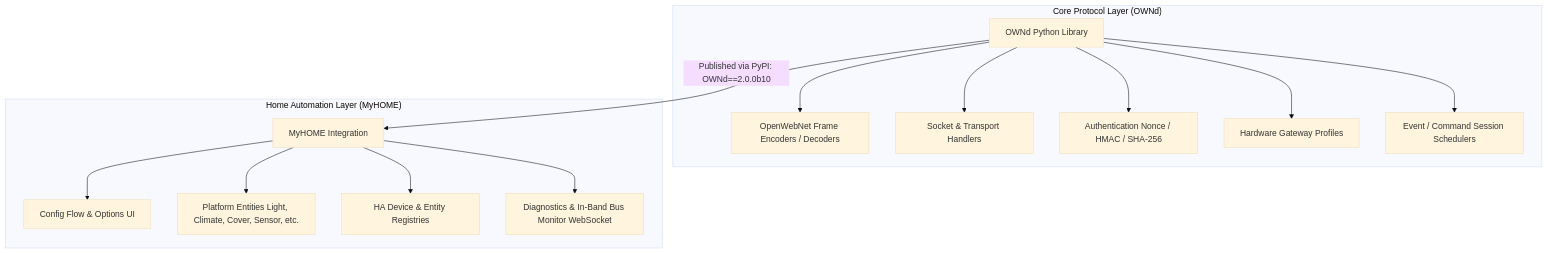
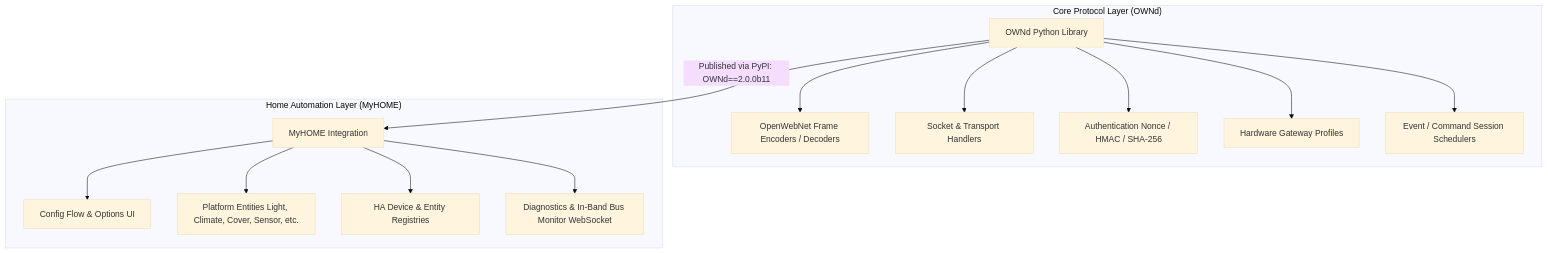
The first of 2 diagrams in docs/architecture/anti-drift-safeguards.md (GreenGrassBlueOcean/MyHOME), drawn with Mermaid (base theme) before and after one commit. The commit also changed other lines of this file and 2 other files, not shown here.

Commit message:
refactor(sound): migrate transport commands to OWNd b11 factories
- Pin OWNd requirement to 2.0.0b11 in manifest.json and anti-drift safeguards
- Migrate sound source actions to OWNSoundCommand factory methods (next_track, previous_track, seek_up, seek_down, select_track, set_frequency, start_rds, request_frequency, request_track, request_rds)
- Drop legacy WHAT 6001..6015 manual fallback in handle_event in favor of native OWNd b11 track_step properties

````diff
--- a/docs/architecture/anti-drift-safeguards.md
+++ b/docs/architecture/anti-drift-safeguards.md
@@ -11,19 +11,19 @@
 ```mermaid
 graph TD
     subgraph "Core Protocol Layer (OWNd)"
         A[OWNd Python Library] --> A1[OpenWebNet Frame Encoders / Decoders]
         A --> A2[Socket & Transport Handlers]
         A --> A3[Authentication Nonce / HMAC / SHA-256]
         A --> A4[Hardware Gateway Profiles]
         A --> A5[Event / Command Session Schedulers]
     end
 
     subgraph "Home Automation Layer (MyHOME)"
         B[MyHOME Integration] --> B1[Config Flow & Options UI]
         B --> B2[Platform Entities Light, Climate, Cover, Sensor, etc.]
         B --> B3[HA Device & Entity Registries]
         B --> B4[Diagnostics & In-Band Bus Monitor WebSocket]
     end
 
-    A -->|Published via PyPI: OWNd==2.0.0b10| B
+    A -->|Published via PyPI: OWNd==2.0.0b11| B
 ```
````
